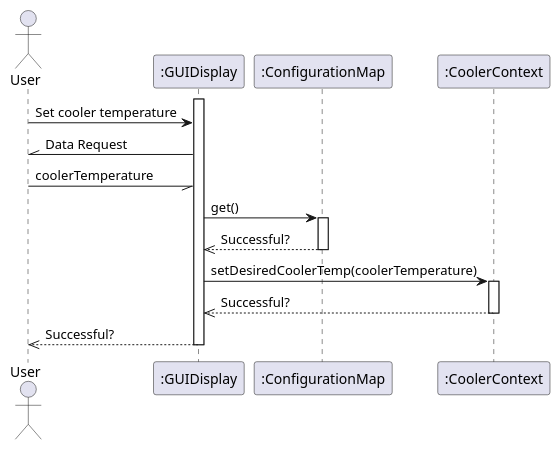
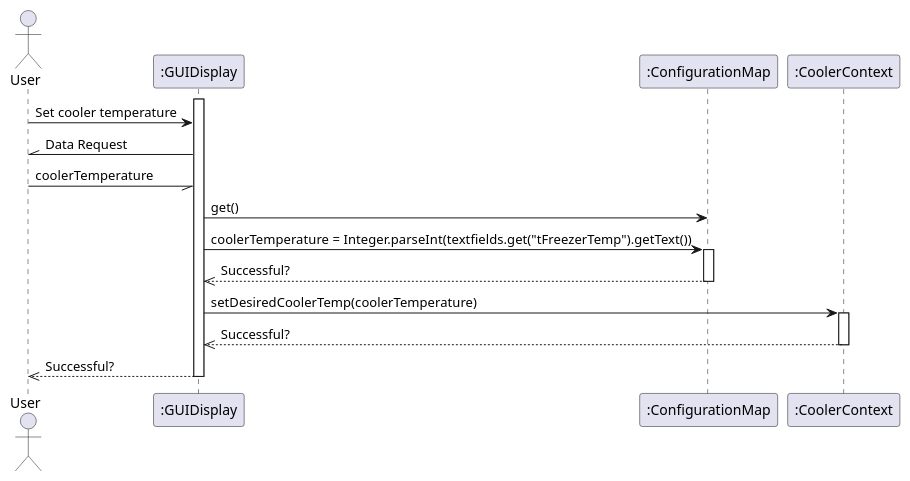
Before and after one commit to FreezeWarp/372Groupwork-Project2: the diagram in src/SequenceDiagrams/SetCoolerTemp.pu, drawn with PlantUML. The commit also changed 7 other files, not shown here.

Commit message:
Add more sequence diagrams

```diff
--- a/src/SequenceDiagrams/SetCoolerTemp.pu
+++ b/src/SequenceDiagrams/SetCoolerTemp.pu
@@ -1,20 +1,22 @@
 @startuml
 Actor User
 
 activate ":GUIDisplay"
 User -> ":GUIDisplay" : Set cooler temperature
 User //- ":GUIDisplay": Data Request
 User -// ":GUIDisplay": coolerTemperature
 
 ":GUIDisplay" -> ":ConfigurationMap" : get()
+":GUIDisplay" -> ":ConfigurationMap" : coolerTemperature = Integer.parseInt(textfields.get("tFreezerTemp").getText())
 activate ":ConfigurationMap"
 ":ConfigurationMap" -->> ":GUIDisplay": Successful?
 deactivate ":ConfigurationMap"
+
 ":GUIDisplay" -> ":CoolerContext": setDesiredCoolerTemp(coolerTemperature)
 activate ":CoolerContext"
 
 ":CoolerContext" -->> ":GUIDisplay" : Successful?
 deactivate ":CoolerContext"
 ":GUIDisplay" -->> User : Successful?
 deactivate ":GUIDisplay"
 @enduml
```
